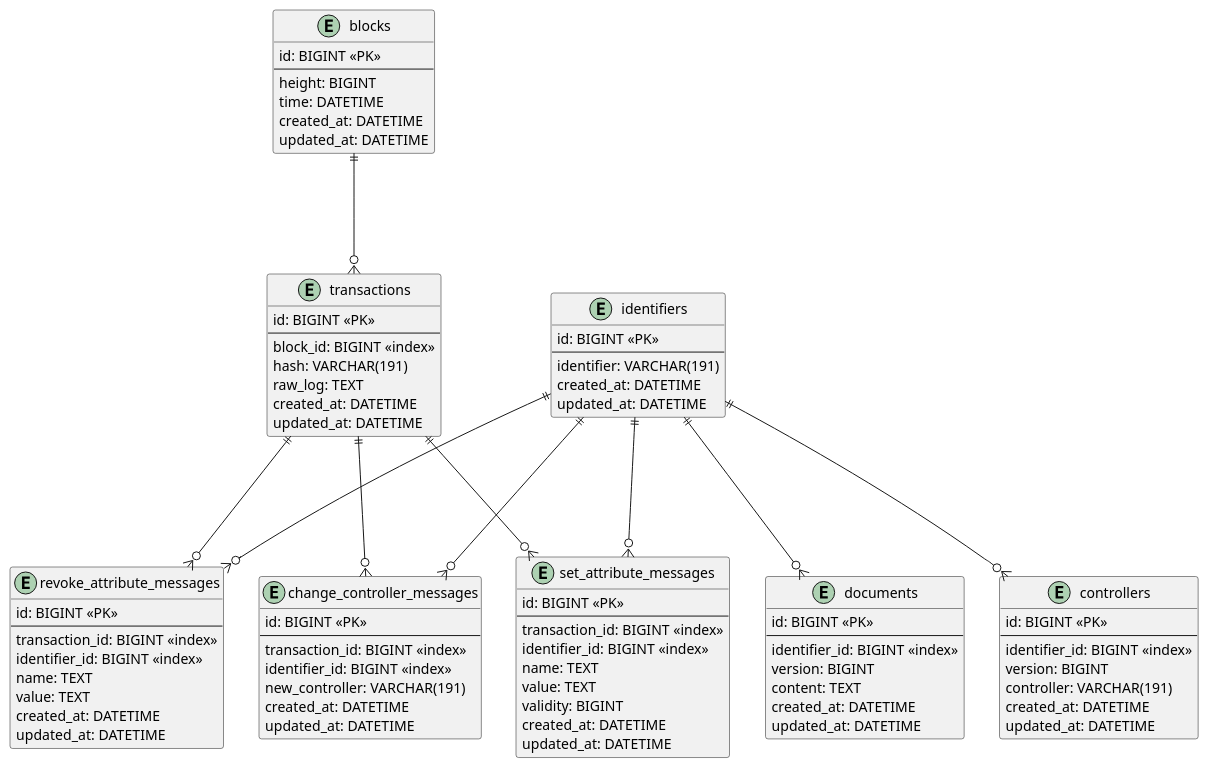
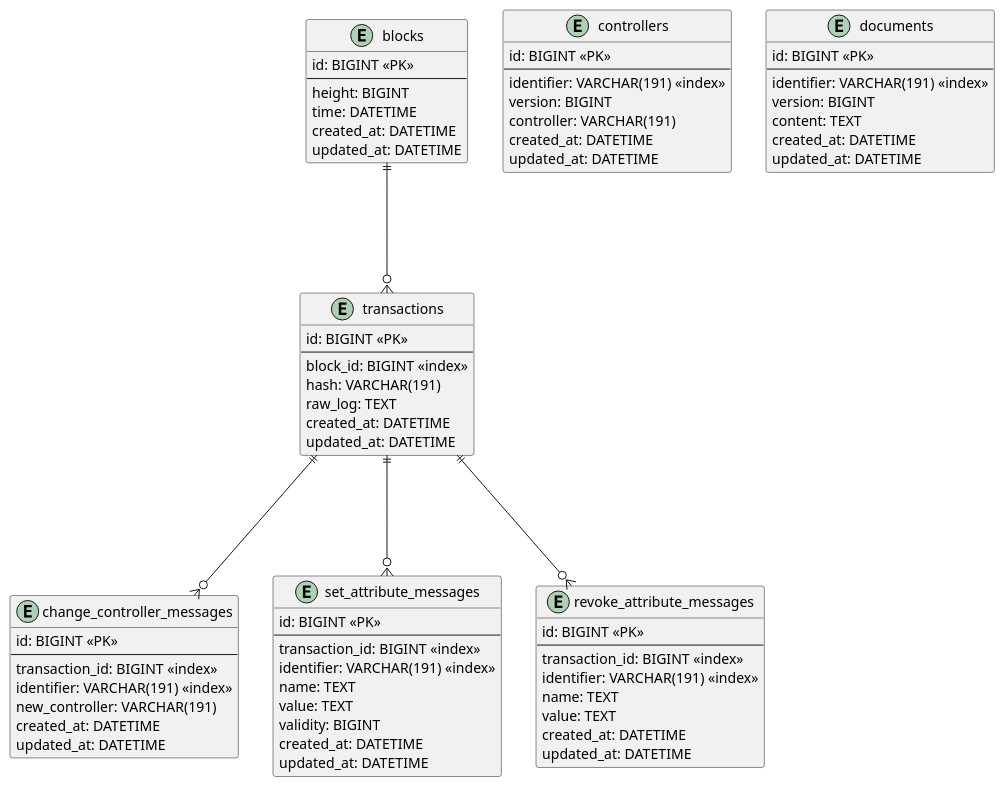
One commit to EG-easy/grano-did-exporter changed the diagram in docs/database.pu. Above: the diagram before and after it, drawn with PlantUML.

Commit message:
update db schema

```diff
--- a/docs/database.pu
+++ b/docs/database.pu
@@ -1,95 +1,80 @@
 @startuml
 
 entity blocks {
   id: BIGINT <<PK>>
   --
   height: BIGINT
   time: DATETIME
   created_at: DATETIME
   updated_at: DATETIME
 }
 
 entity transactions {
   id: BIGINT <<PK>>
   --
   block_id: BIGINT <<index>>
   hash: VARCHAR(191)
   raw_log: TEXT
   created_at: DATETIME
   updated_at: DATETIME
 }
 
-entity identifiers {
-  id: BIGINT <<PK>>
-  --
-  identifier: VARCHAR(191)
-  created_at: DATETIME
-  updated_at: DATETIME
-}
-
 entity change_controller_messages {
   id: BIGINT <<PK>>
   --
   transaction_id: BIGINT <<index>>
-  identifier_id: BIGINT <<index>>
+  identifier: VARCHAR(191) <<index>>
   new_controller: VARCHAR(191)
   created_at: DATETIME
   updated_at: DATETIME
 }
 
 entity set_attribute_messages {
   id: BIGINT <<PK>>
   --
   transaction_id: BIGINT <<index>>
-  identifier_id: BIGINT <<index>>
+  identifier: VARCHAR(191) <<index>>
   name: TEXT
   value: TEXT
   validity: BIGINT
   created_at: DATETIME
   updated_at: DATETIME
 }
 
 entity revoke_attribute_messages {
   id: BIGINT <<PK>>
   --
   transaction_id: BIGINT <<index>>
-  identifier_id: BIGINT <<index>>
+  identifier: VARCHAR(191) <<index>>
   name: TEXT
   value: TEXT
   created_at: DATETIME
   updated_at: DATETIME
 }
 
 entity controllers { 
   id: BIGINT <<PK>>
   --
-  identifier_id: BIGINT <<index>>
+  identifier: VARCHAR(191) <<index>>
   version: BIGINT
   controller: VARCHAR(191)
   created_at: DATETIME
   updated_at: DATETIME
 }
 
 entity documents {
   id: BIGINT <<PK>>
   --
-  identifier_id: BIGINT <<index>>
+  identifier: VARCHAR(191) <<index>>
   version: BIGINT
   content: TEXT
   created_at: DATETIME
   updated_at: DATETIME
 }
 
 blocks ||---o{ transactions
 transactions ||---o{ change_controller_messages
 transactions ||---o{ set_attribute_messages
 transactions ||---o{ revoke_attribute_messages
 
-identifiers ||---o{ change_controller_messages
-identifiers ||---o{ set_attribute_messages
-identifiers ||---o{ revoke_attribute_messages
-
-identifiers ||---o{ controllers
-identifiers ||---o{ documents
-
 @enduml
```
